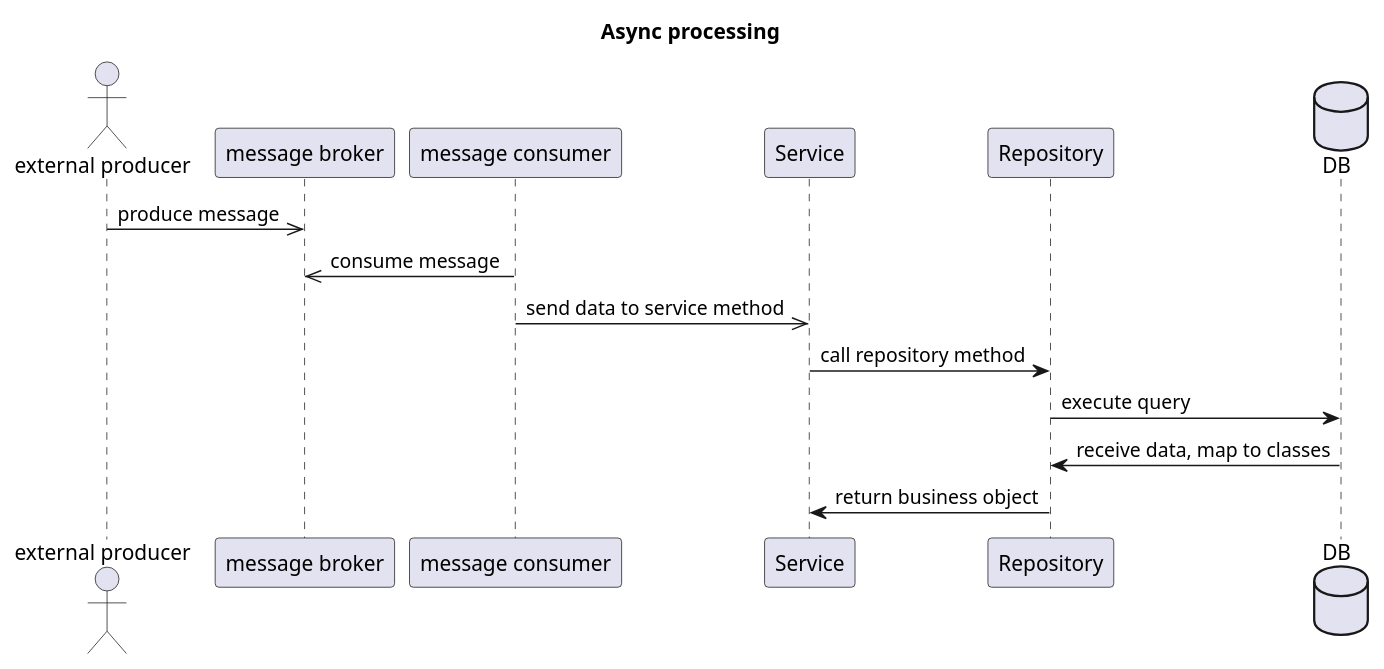
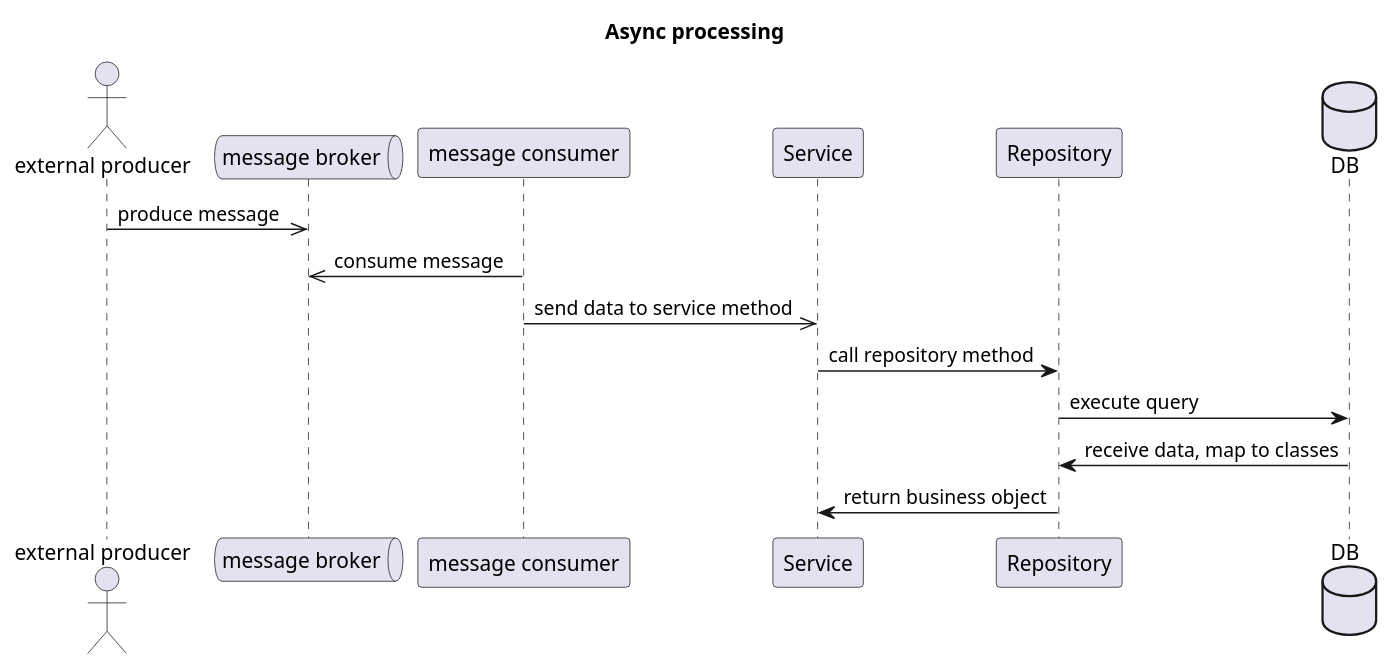
The diagram in uml/async-processing.puml (bassmake/candidate-assignment), drawn with PlantUML before and after one commit. The commit also changed 1 other file, not shown here.

Commit message:
improved async processing UML

```diff
--- a/uml/async-processing.puml
+++ b/uml/async-processing.puml
@@ -1,20 +1,20 @@
 @startuml
 
 title Async processing
 
 actor "external producer" as ep
-participant "message broker" as mb
+queue "message broker" as mb
 participant "message consumer" as mc
 participant Service as s
 participant Repository as r
 database DB as db
 
 ep ->> mb: produce message
 mc ->> mb: consume message
 mc ->> s: send data to service method
 s -> r: call repository method
 r -> db: execute query
 db -> r: receive data, map to classes
 r -> s: return business object
 
 @enduml
```
